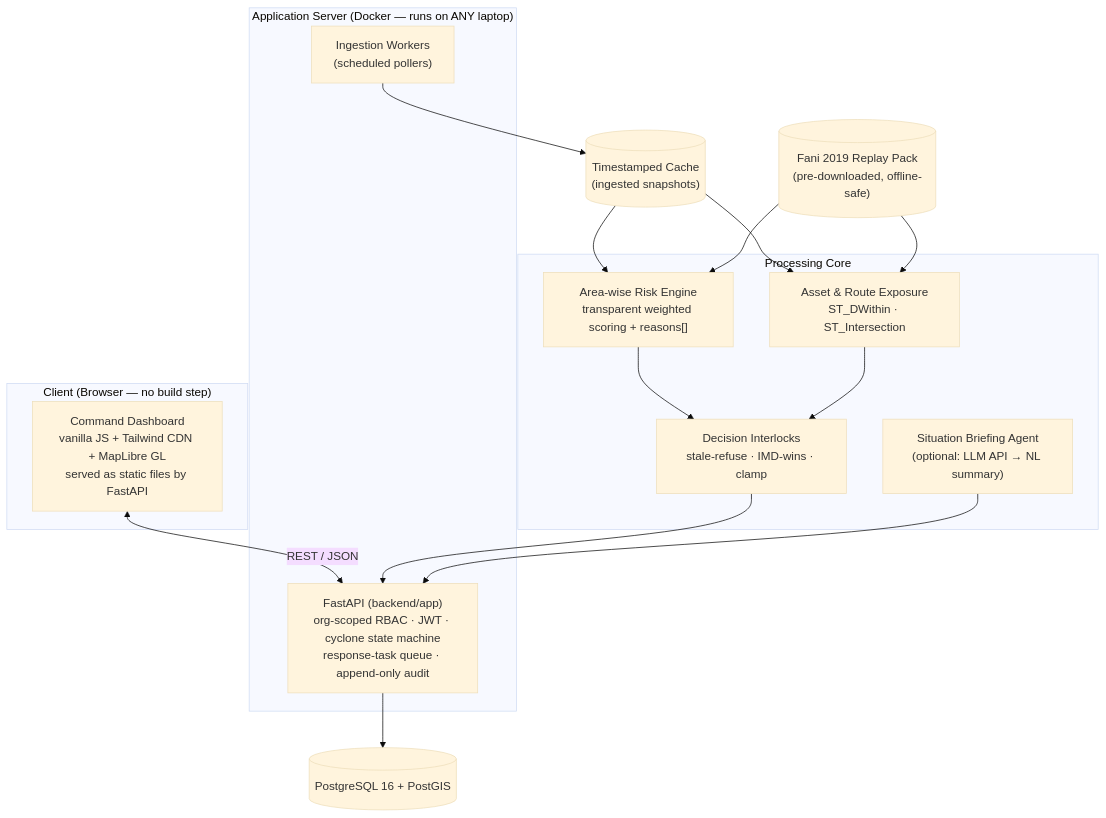
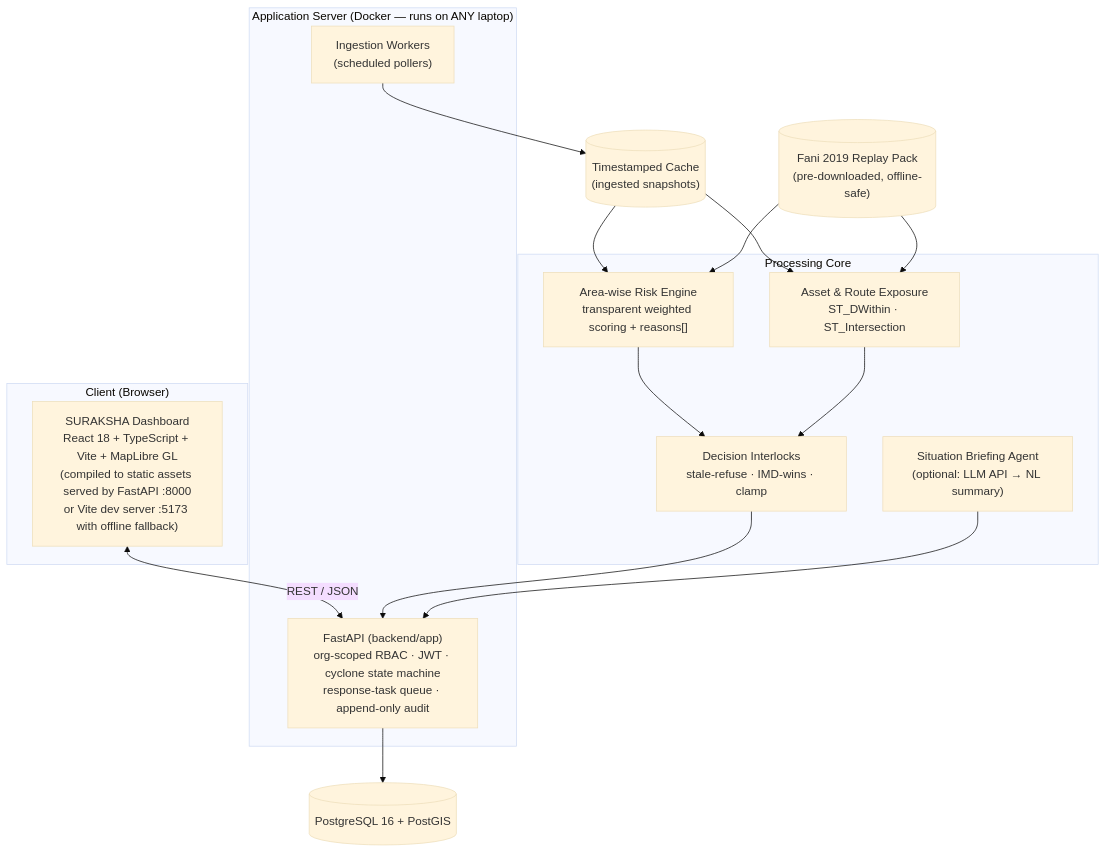
Before and after one commit to PaliiiXRAY/suraksha: the second of 5 diagrams in ARCHITECTURE.md, drawn with Mermaid (base theme). The commit also changed 38 other files, not shown here.

Commit message:
feat(frontend): complete React dashboard — command, NTRO, responder, and public views with offline Fani replay

````diff
--- a/ARCHITECTURE.md
+++ b/ARCHITECTURE.md
@@ -46,30 +46,30 @@
 ```mermaid
 flowchart TB
-    subgraph CLIENT["Client (Browser — no build step)"]
-        FE["Command Dashboard<br/>vanilla JS + Tailwind CDN + MapLibre GL<br/>served as static files by FastAPI"]
+    subgraph CLIENT["Client (Browser)"]
+        FE["SURAKSHA Dashboard<br/>React 18 + TypeScript + Vite + MapLibre GL<br/>(compiled to static assets served by FastAPI :8000<br/>or Vite dev server :5173 with offline fallback)"]
     end
 
     subgraph SERVER["Application Server (Docker — runs on ANY laptop)"]
         FA["FastAPI (backend/app)<br/>org-scoped RBAC · JWT · cyclone state machine<br/>response-task queue · append-only audit"]
         WORK["Ingestion Workers<br/>(scheduled pollers)"]
     end
 
     subgraph CORE["Processing Core"]
         R1["Area-wise Risk Engine<br/>transparent weighted scoring + reasons[]"]
         R2["Asset & Route Exposure<br/>ST_DWithin · ST_Intersection"]
         R3["Decision Interlocks<br/>stale-refuse · IMD-wins · clamp"]
         R4["Situation Briefing Agent<br/>(optional: LLM API → NL summary)"]
     end
 
     DB[("PostgreSQL 16 + PostGIS")]
     CACHE[("Timestamped Cache<br/>(ingested snapshots)")]
     REPLAY[("Fani 2019 Replay Pack<br/>(pre-downloaded, offline-safe)")]
 
     FE <-->|"REST / JSON"| FA
     WORK --> CACHE
     CACHE --> R1 & R2
     REPLAY --> R1 & R2
     R1 & R2 --> R3 --> FA
     R4 --> FA
     FA --> DB
 ```
````
